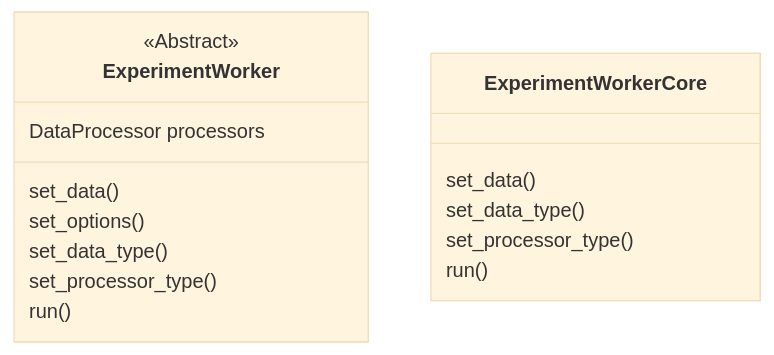
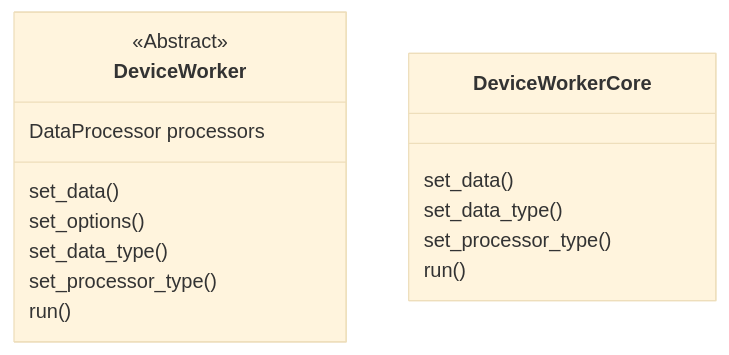
The second of 5 diagrams in README.md (Allyson-Robert/X-LAB_Plotting_Manager), drawn with Mermaid (base theme) before and after one commit. The commit also changed other lines of this file and 18 other files, not shown here.

````diff
--- a/README.md
+++ b/README.md
@@ -139,20 +139,20 @@
 ```mermaid
 classDiagram
-class ExperimentWorker{
+class DeviceWorker{
     DataProcessor processors
     set_data()
     set_options()
     set_data_type()
     set_processor_type()
     run()
 }
-<<Abstract>> ExperimentWorker
+<<Abstract>> DeviceWorker
 
 
-class ExperimentWorkerCore{
+class DeviceWorkerCore{
     set_data()
     set_data_type()
     set_processor_type()
     run()
 }
 ```
````
